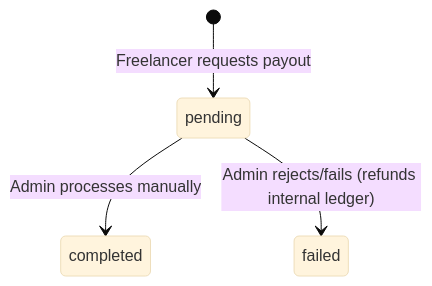
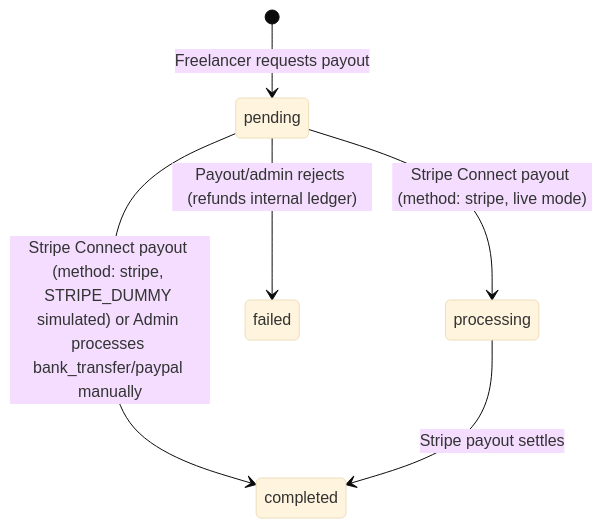
One commit to ammad-muhammad/SkillKart-Freelance-MarketPlace-FYP changed the seventh of 8 diagrams in docs/PROJECT_GUIDE.md. Above: the diagram before and after it, drawn with Mermaid (base theme). The commit also changed other lines of this file and 82 other files, not shown here.

````diff
--- a/docs/PROJECT_GUIDE.md
+++ b/docs/PROJECT_GUIDE.md
@@ -159,6 +205,8 @@
 ```mermaid
 stateDiagram-v2
     [*] --> pending : Freelancer requests payout
-    pending --> completed : Admin processes manually
-    pending --> failed : Admin rejects/fails (refunds internal ledger)
+    pending --> processing : Stripe Connect payout (method: stripe, live mode)
+    pending --> completed : Stripe Connect payout (method: stripe, STRIPE_DUMMY simulated) or Admin processes bank_transfer/paypal manually
+    processing --> completed : Stripe payout settles
+    pending --> failed : Payout/admin rejects (refunds internal ledger)
 ```
````
